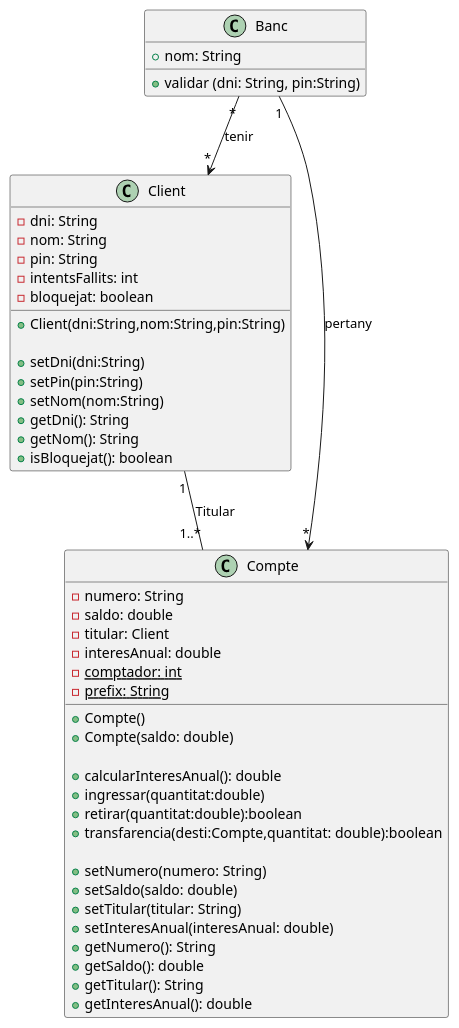
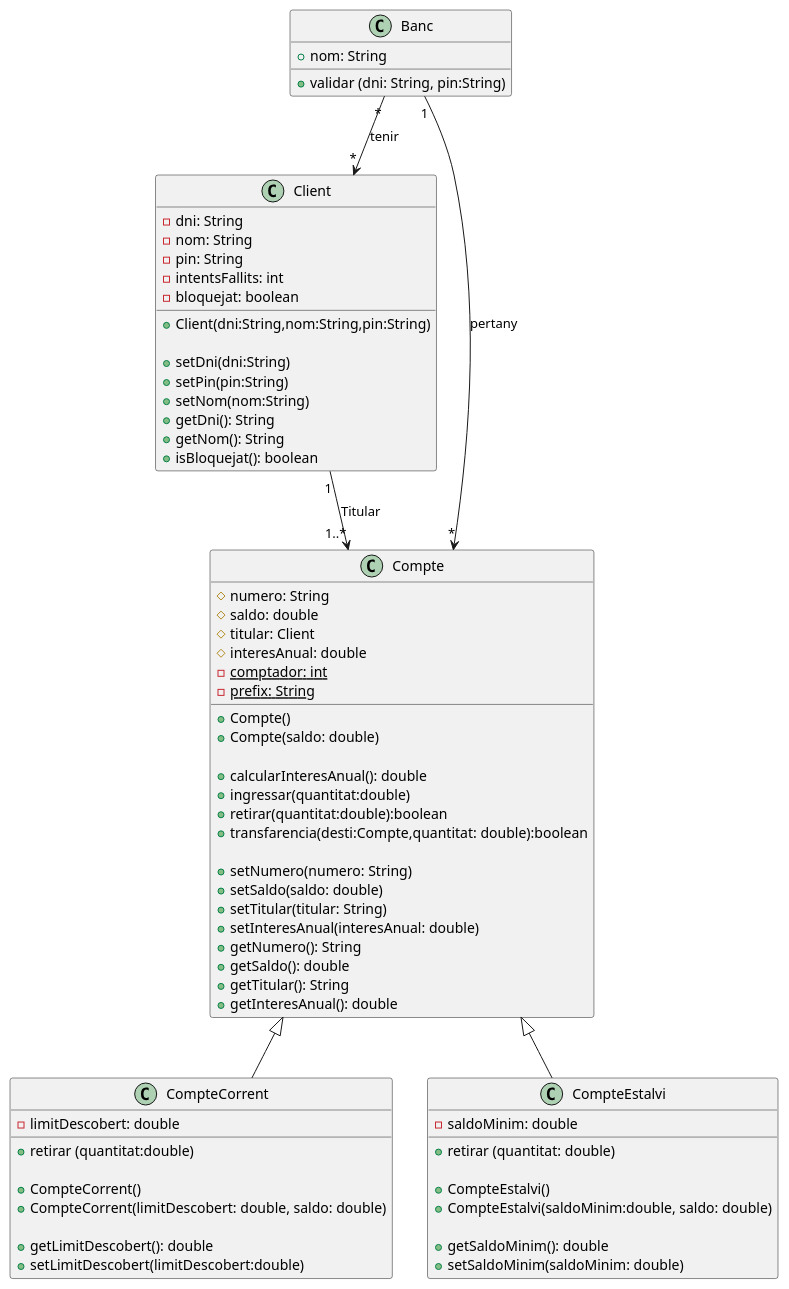
One commit to ins-vib/poo-atm-jopo738-web changed the diagram in UML/classes.puml. Above: the diagram before and after it, drawn with PlantUML. The commit also changed 6 other files, not shown here.

```diff
--- a/UML/classes.puml
+++ b/UML/classes.puml
@@ -1,61 +1,87 @@
 @startuml
 class Client {
     - dni: String
     - nom: String
     - pin: String
     - intentsFallits: int
     - bloquejat: boolean
 
     + Client(dni:String,nom:String,pin:String)
 
     + setDni(dni:String)
     + setPin(pin:String)
     + setNom(nom:String)
     + getDni(): String
     + getNom(): String
     + isBloquejat(): boolean
 
     
 
 }
 
 class Compte {
-    - numero: String
-    - saldo: double
-    - titular: Client
-    - interesAnual: double
+    # numero: String
+    # saldo: double
+    # titular: Client
+    # interesAnual: double
     {static} - comptador: int
     {static} - prefix: String
 
     + Compte()
     + Compte(saldo: double)
 
     + calcularInteresAnual(): double
     + ingressar(quantitat:double)
     + retirar(quantitat:double):boolean
     + transfarencia(desti:Compte,quantitat: double):boolean
 
     + setNumero(numero: String)
     + setSaldo(saldo: double)
     + setTitular(titular: String)
     + setInteresAnual(interesAnual: double)
     + getNumero(): String
     + getSaldo(): double
     + getTitular(): String
     + getInteresAnual(): double
 }
 
-Client "1" -- "1..*" Compte : Titular
+Client "1" --> "1..*" Compte : Titular
 
 
 class Banc {
     + nom: String
     + validar (dni: String, pin:String)
 
 }
 
 Banc "*" --> "*" Client : tenir
 Banc "1" -->"*" Compte: pertany
 
+class CompteCorrent extends Compte{
+    - limitDescobert: double
+    + retirar (quantitat:double)
+
+    + CompteCorrent()
+    + CompteCorrent(limitDescobert: double, saldo: double)
+
+    + getLimitDescobert(): double
+    + setLimitDescobert(limitDescobert:double)
+    
+
+}
+
+class CompteEstalvi extends Compte{
+    - saldoMinim: double
+    + retirar (quantitat: double)
+
+    + CompteEstalvi()
+    + CompteEstalvi(saldoMinim:double, saldo: double)
+
+    + getSaldoMinim(): double
+    + setSaldoMinim(saldoMinim: double)
+}
+
+
+
 
 @enduml
```
